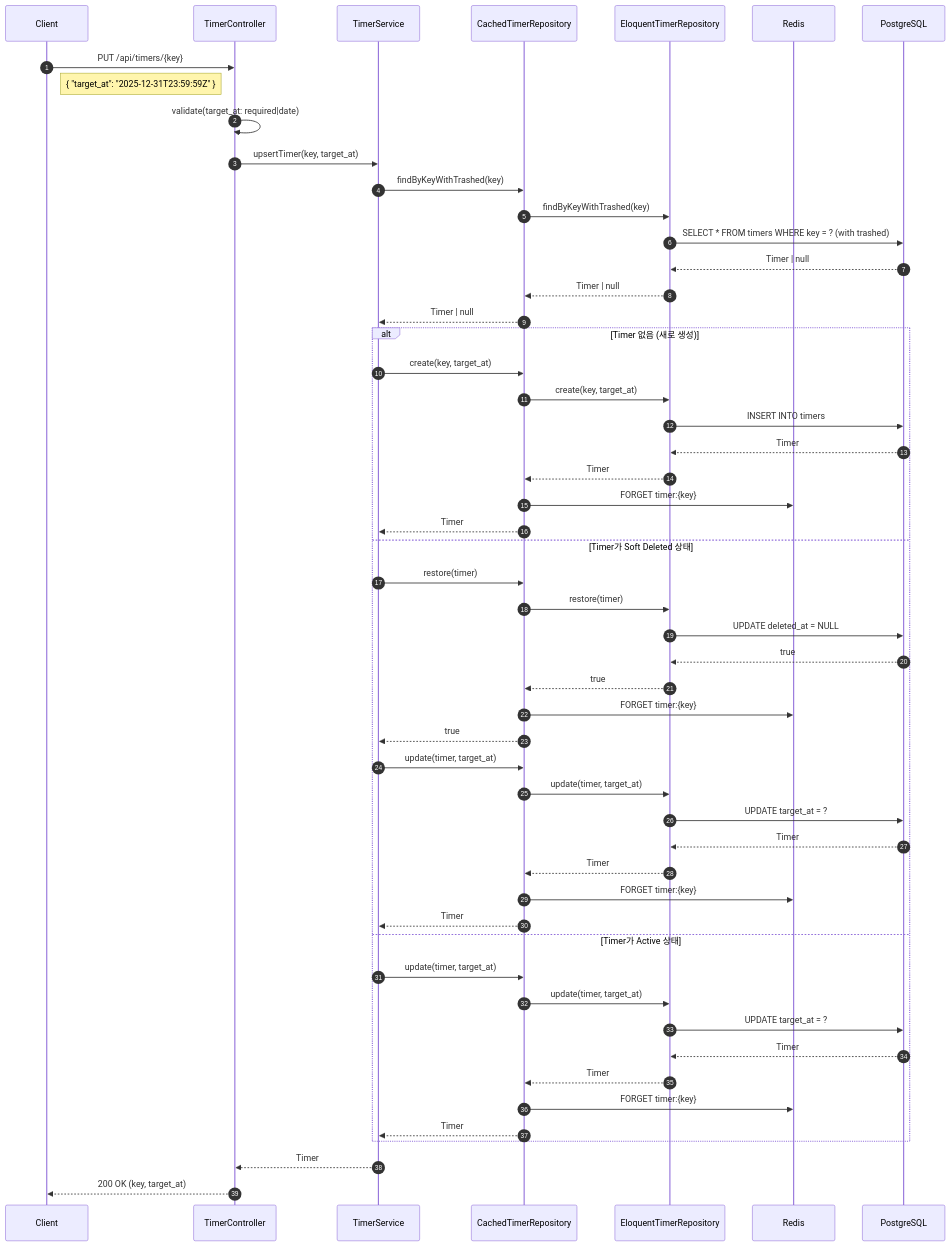
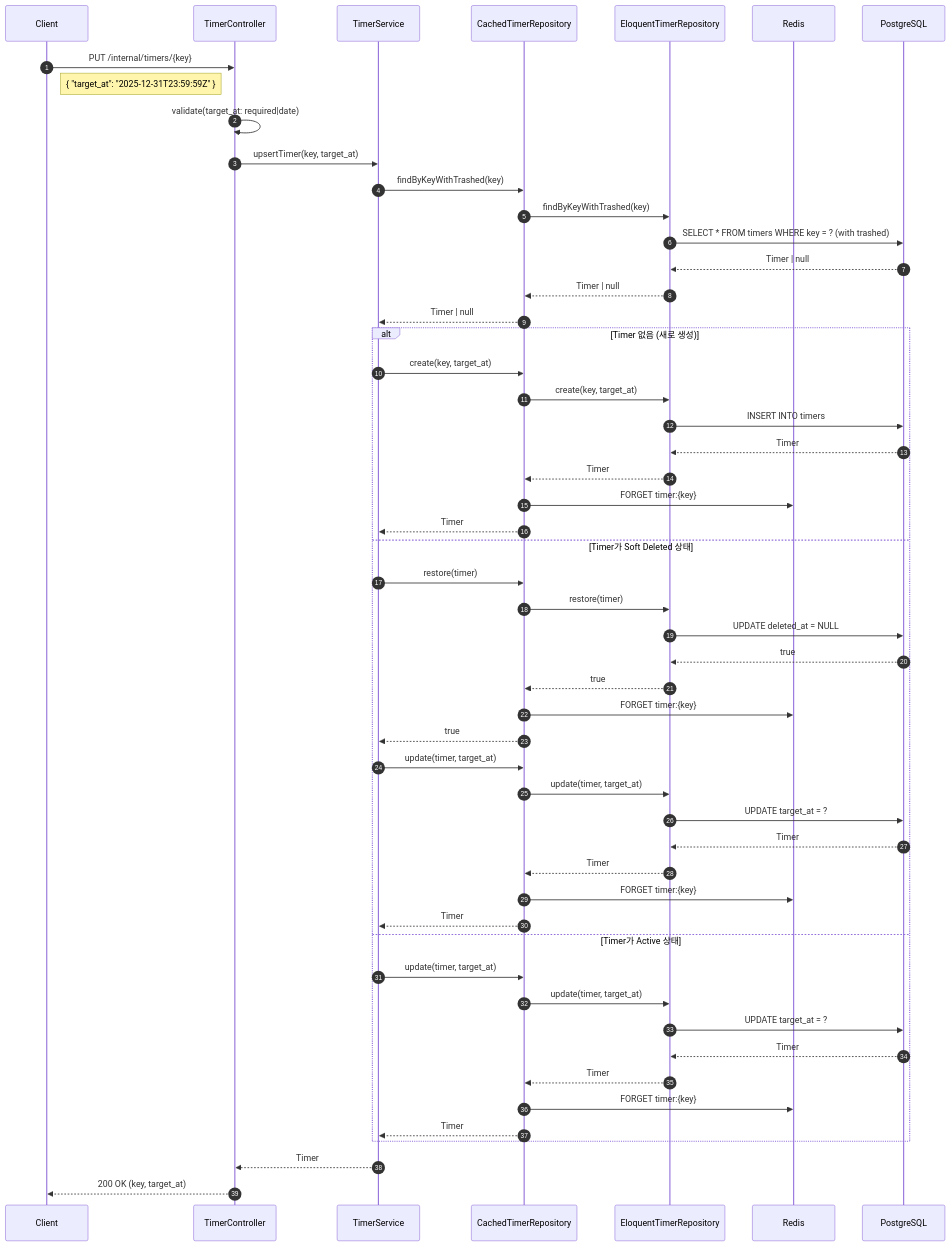
The second of 3 diagrams in docs/TIMER.md (shaul1991/toy-core-system), drawn with Mermaid before and after one commit. The commit also changed other lines of this file and 7 other files, not shown here.

````diff
--- a/docs/TIMER.md
+++ b/docs/TIMER.md
@@ -208,60 +208,60 @@
 ```mermaid
 sequenceDiagram
     autonumber
     participant Client
     participant Controller as TimerController
     participant Service as TimerService
     participant CacheRepo as CachedTimerRepository
     participant EloquentRepo as EloquentTimerRepository
     participant Redis
     participant DB as PostgreSQL
 
-    Client->>Controller: PUT /api/timers/{key}
+    Client->>Controller: PUT /internal/timers/{key}
     Note right of Client: { "target_at": "2025-12-31T23:59:59Z" }
 
     Controller->>Controller: validate(target_at: required|date)
     Controller->>Service: upsertTimer(key, target_at)
     Service->>CacheRepo: findByKeyWithTrashed(key)
     CacheRepo->>EloquentRepo: findByKeyWithTrashed(key)
     EloquentRepo->>DB: SELECT * FROM timers WHERE key = ? (with trashed)
     DB-->>EloquentRepo: Timer | null
     EloquentRepo-->>CacheRepo: Timer | null
     CacheRepo-->>Service: Timer | null
 
     alt Timer 없음 (새로 생성)
         Service->>CacheRepo: create(key, target_at)
         CacheRepo->>EloquentRepo: create(key, target_at)
         EloquentRepo->>DB: INSERT INTO timers
         DB-->>EloquentRepo: Timer
         EloquentRepo-->>CacheRepo: Timer
         CacheRepo->>Redis: FORGET timer:{key}
         CacheRepo-->>Service: Timer
     else Timer가 Soft Deleted 상태
         Service->>CacheRepo: restore(timer)
         CacheRepo->>EloquentRepo: restore(timer)
         EloquentRepo->>DB: UPDATE deleted_at = NULL
         DB-->>EloquentRepo: true
         EloquentRepo-->>CacheRepo: true
         CacheRepo->>Redis: FORGET timer:{key}
         CacheRepo-->>Service: true
 
         Service->>CacheRepo: update(timer, target_at)
         CacheRepo->>EloquentRepo: update(timer, target_at)
         EloquentRepo->>DB: UPDATE target_at = ?
         DB-->>EloquentRepo: Timer
         EloquentRepo-->>CacheRepo: Timer
         CacheRepo->>Redis: FORGET timer:{key}
         CacheRepo-->>Service: Timer
     else Timer가 Active 상태
         Service->>CacheRepo: update(timer, target_at)
         CacheRepo->>EloquentRepo: update(timer, target_at)
         EloquentRepo->>DB: UPDATE target_at = ?
         DB-->>EloquentRepo: Timer
         EloquentRepo-->>CacheRepo: Timer
         CacheRepo->>Redis: FORGET timer:{key}
         CacheRepo-->>Service: Timer
     end
 
     Service-->>Controller: Timer
     Controller-->>Client: 200 OK (key, target_at)
 ```
````
